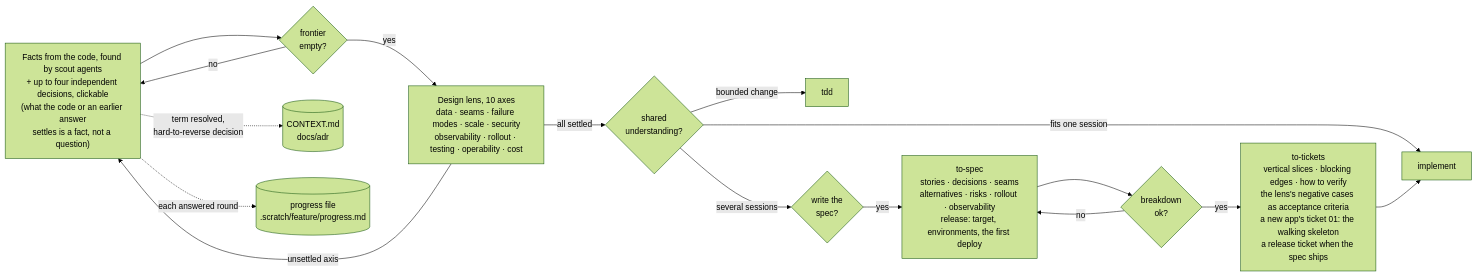
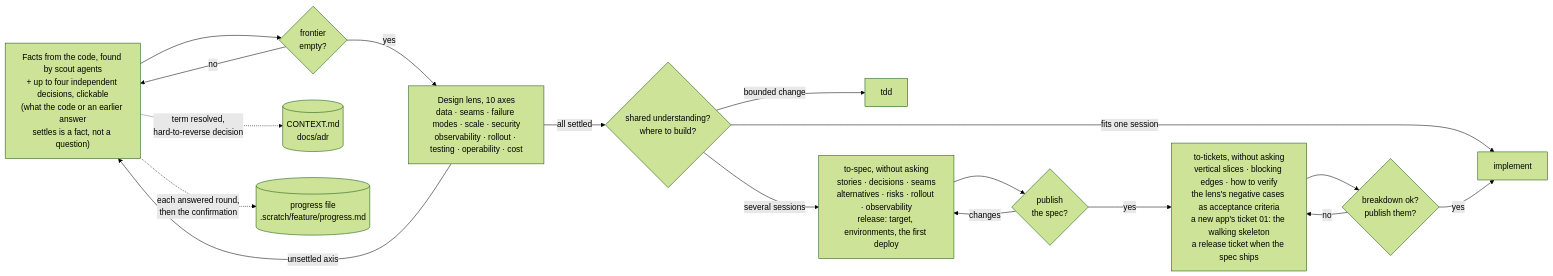
One commit to gabriel-tutor/seams changed the second of 3 diagrams in README.md. Above: the diagram before and after it, drawn with Mermaid (forest theme). The commit also changed other lines of this file and 27 other files, not shown here.

````diff
--- a/README.md
+++ b/README.md
@@ -73,17 +75,19 @@
 ```mermaid
 flowchart LR
     G["Facts from the code, found by scout agents<br/>+ up to four independent decisions, clickable<br/>(what the code or an earlier answer<br/>settles is a fact, not a question)"] --> Q{frontier<br/>empty?}
     Q -->|no| G
     Q -->|yes| L["Design lens, 10 axes<br/>data · seams · failure modes · scale · security<br/>observability · rollout · testing · operability · cost"]
     L -->|unsettled axis| G
-    L -->|all settled| C{shared<br/>understanding?}
+    L -->|all settled| C{shared understanding?<br/>where to build?}
     G -.term resolved,<br/>hard-to-reverse decision.-> CX[(CONTEXT.md<br/>docs/adr)]
-    G -.each answered round.-> PF[(progress file<br/>.scratch/feature/progress.md)]
+    G -.each answered round,<br/>then the confirmation.-> PF[(progress file<br/>.scratch/feature/progress.md)]
     C -->|bounded change| T["tdd"]
     C -->|fits one session| I["implement"]
-    C -->|several sessions| SP{write the<br/>spec?}
-    SP -->|yes| SPEC["to-spec<br/>stories · decisions · seams<br/>alternatives · risks · rollout · observability<br/>release: target, environments, the first deploy"]
-    SPEC --> TK{breakdown<br/>ok?}
-    TK -->|no| SPEC
-    TK -->|yes| TKT["to-tickets<br/>vertical slices · blocking edges · how to verify<br/>the lens's negative cases as acceptance criteria<br/>a new app's ticket 01: the walking skeleton<br/>a release ticket when the spec ships"] --> I
+    C -->|several sessions| SPEC["to-spec, without asking<br/>stories · decisions · seams<br/>alternatives · risks · rollout · observability<br/>release: target, environments, the first deploy"]
+    SPEC --> SP{publish<br/>the spec?}
+    SP -->|changes| SPEC
+    SP -->|yes| TKT["to-tickets, without asking<br/>vertical slices · blocking edges · how to verify<br/>the lens's negative cases as acceptance criteria<br/>a new app's ticket 01: the walking skeleton<br/>a release ticket when the spec ships"]
+    TKT --> TK{breakdown ok?<br/>publish them?}
+    TK -->|no| TKT
+    TK -->|yes| I
 ```
````
